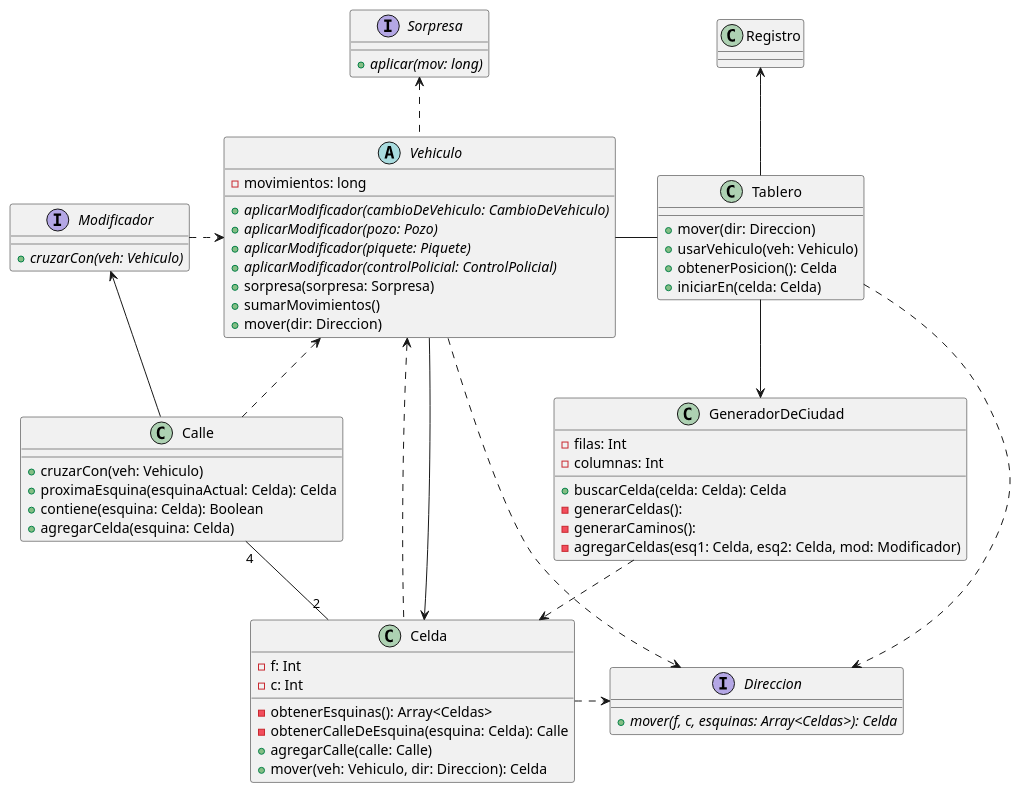
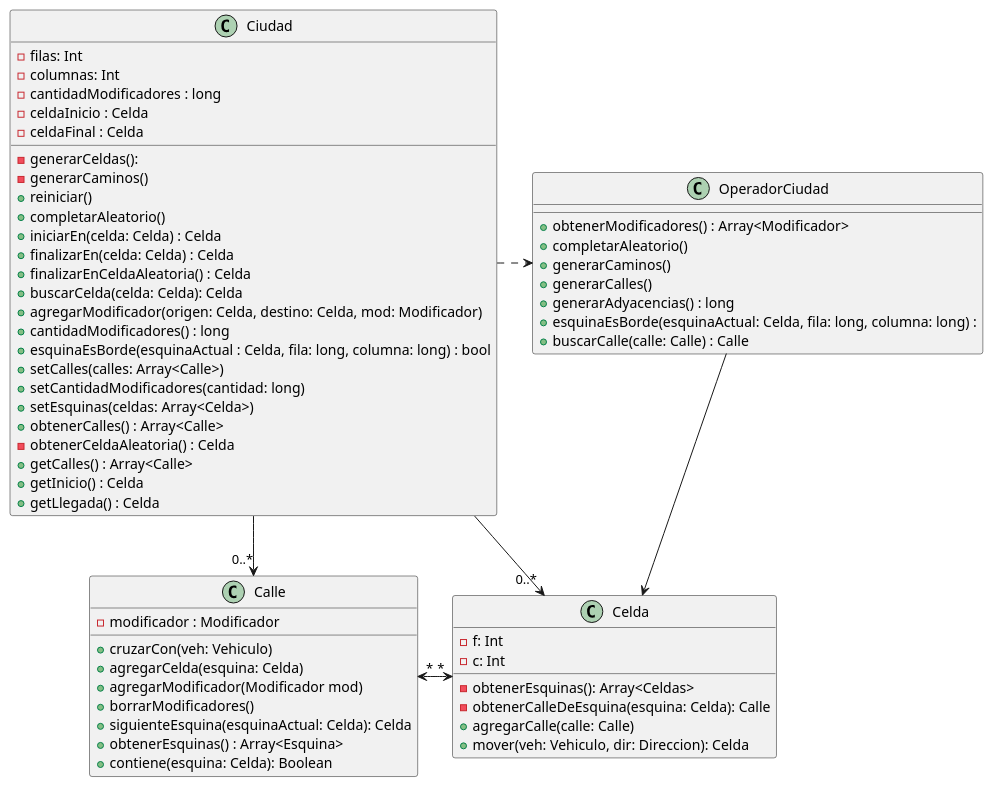
One commit to emtello/algo3_tp2_1C2022 changed the second of 5 diagrams in diagrams/classes/modelo/modelo.plantuml. Above: the diagram before and after it, drawn with PlantUML. The commit also changed other lines of this file and 5 other files, not shown here.

Commit message:
update de diagramas

```diff
--- a/diagrams/classes/modelo/modelo.plantuml
+++ b/diagrams/classes/modelo/modelo.plantuml
@@ -1,79 +67,89 @@
-@startuml modelo-actual
+@startuml diagrama-ciudad
 
-class Tablero {
-    + mover(dir: Direccion)
-    + usarVehiculo(veh: Vehiculo)
-    + obtenerPosicion(): Celda
-    + iniciarEn(celda: Celda)
-}
-
-class Calle {
-    + cruzarCon(veh: Vehiculo)
-    + proximaEsquina(esquinaActual: Celda): Celda
-    + contiene(esquina: Celda): Boolean
-    + agregarCelda(esquina: Celda)
-}
-
-abstract Vehiculo {
-    - movimientos: long
-
-    + {abstract} aplicarModificador(cambioDeVehiculo: CambioDeVehiculo)
-    + {abstract} aplicarModificador(pozo: Pozo)
-    + {abstract} aplicarModificador(piquete: Piquete)
-    + {abstract} aplicarModificador(controlPolicial: ControlPolicial)
-    + sorpresa(sorpresa: Sorpresa)
-    + sumarMovimientos()
-    + mover(dir: Direccion)
-}
-
-interface Sorpresa {
-    + {abstract} aplicar(mov: long)
-}
-
-interface Modificador {
-    + {abstract} cruzarCon(veh: Vehiculo)
-}
+Ciudad -->"0..*" Celda
+Ciudad --> "0..*" Calle
+Calle "*" <-> "*" Celda
+Ciudad .> OperadorCiudad
+OperadorCiudad --> Celda
 
 class Celda {
     - f: Int
     - c: Int
 
     - obtenerEsquinas(): Array<Celdas>
     - obtenerCalleDeEsquina(esquina: Celda): Calle
     + agregarCalle(calle: Calle)
     + mover(veh: Vehiculo, dir: Direccion): Celda
 }
 
-class Registro {
+class Calle {
+    - modificador : Modificador
 
+    + cruzarCon(veh: Vehiculo)
+    + agregarCelda(esquina: Celda)
+    + agregarModificador(Modificador mod)
+    + borrarModificadores()
+    + siguienteEsquina(esquinaActual: Celda): Celda
+    + obtenerEsquinas() : Array<Esquina>
+    + contiene(esquina: Celda): Boolean
 }
 
-class GeneradorDeCiudad {
+class Ciudad {
     - filas: Int
     - columnas: Int
+    - cantidadModificadores : long
+    - celdaInicio : Celda
+    - celdaFinal : Celda
+
+    - generarCeldas():
+    - generarCaminos()
+    + reiniciar()
+    + completarAleatorio()
+    + iniciarEn(celda: Celda) : Celda
+    + finalizarEn(celda: Celda) : Celda
+    + finalizarEnCeldaAleatoria() : Celda
     + buscarCelda(celda: Celda): Celda
-    - generarCeldas():
-    - generarCaminos():
-    - agregarCeldas(esq1: Celda, esq2: Celda, mod: Modificador)
+    + agregarModificador(origen: Celda, destino: Celda, mod: Modificador)
+    + cantidadModificadores() : long
+    + esquinaEsBorde(esquinaActual : Celda, fila: long, columna: long) : bool
+    + setCalles(calles: Array<Calle>)
+    + setCantidadModificadores(cantidad: long)
+    + setEsquinas(celdas: Array<Celda>)
+    + obtenerCalles() : Array<Calle>
+    - obtenerCeldaAleatoria() : Celda
+    + getCalles() : Array<Calle>
+    + getInicio() : Celda
+    + getLlegada() : Celda
 }
 
-interface Direccion {
-    + {abstract} mover(f, c, esquinas: Array<Celdas>): Celda
+class OperadorCiudad {
+    + obtenerModificadores() : Array<Modificador>
+    + completarAleatorio()
+    + generarCaminos()
+    + generarCalles()
+    + generarAdyacencias() : long
+    + esquinaEsBorde(esquinaActual: Celda, fila: long, columna: long) :
+    + buscarCalle(calle: Calle) : Calle
 }
 
-Calle .up.> Vehiculo
-Celda .left.> Vehiculo
-Vehiculo ..> Direccion
-Vehiculo .up.> Sorpresa
-Tablero -left- Vehiculo
-Tablero --> GeneradorDeCiudad
-GeneradorDeCiudad .down.> Celda
-Vehiculo --> Celda
-Tablero -up-> Registro
-Calle -up-> Modificador
-Modificador .right.> Vehiculo
-Celda "2" -left- "4" Calle
-Tablero ..> Direccion
-Celda .right.> Direccion
+
+' interface Direccion {
+'     + {abstract} mover(f, c, esquinas: Array<Celdas>): Celda
+' }
+
+' Calle .up.> Vehiculo
+' Celda .left.> Vehiculo
+' Vehiculo ..> Direccion
+' Vehiculo .up.> Sorpresa
+' Tablero -left- Vehiculo
+' Tablero --> Ciudad
+' Ciudad .down.> Celda
+' Vehiculo --> Celda
+' Tablero -up-> Registro
+' Calle -up-> Modificador
+' Modificador .right.> Vehiculo
+' Celda "2" -left- "4" Calle
+' Tablero ..> Direccion
+' Celda .right.> Direccion
 
 @enduml
```
